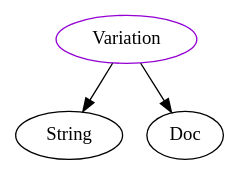
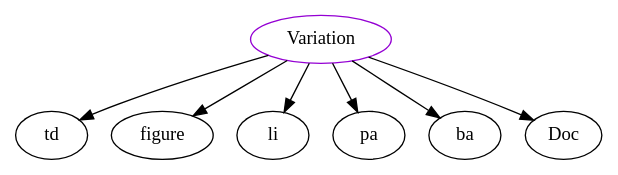
The diagram in analysis/TypeDependencyGraphs/printers/Variation.dot (JacquesCarette/Drasil), drawn with Graphviz before and after one commit. The commit also changed 5504 other files, not shown here.

```diff
--- a/analysis/TypeDependencyGraphs/printers/Variation.dot
+++ b/analysis/TypeDependencyGraphs/printers/Variation.dot
@@ -1,5 +1,9 @@
 digraph variation{
-Variation -> String;
+Variation -> td;
+Variation -> figure;
+Variation -> li;
+Variation -> pa;
+Variation -> ba;
 Variation -> Doc;
 Variation	[shape=oval, color=darkviolet, label="Variation"];
 }
```
